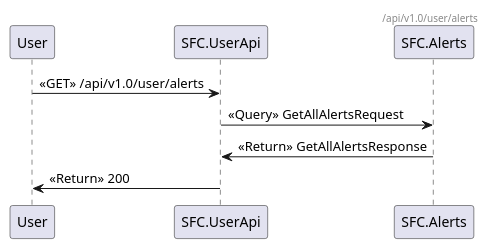
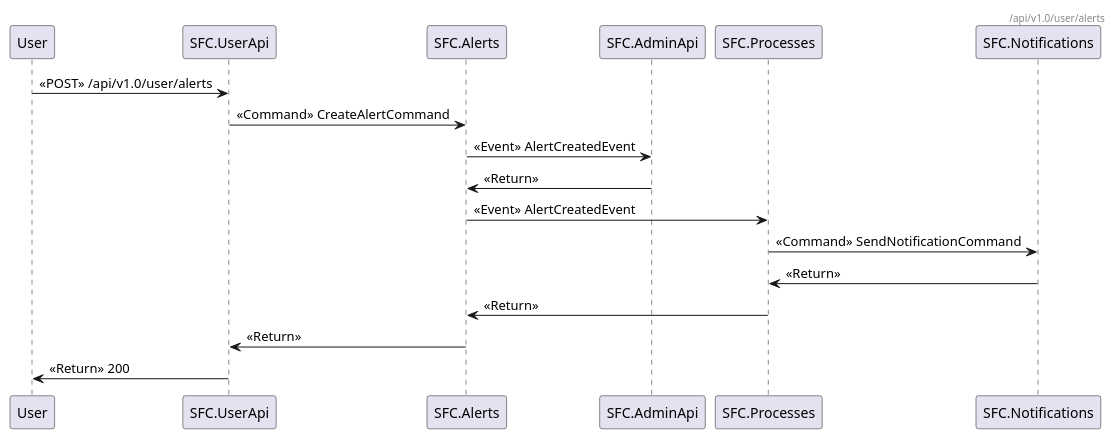
The diagram in docs/ArchitectureDocumentation/_api_v1.0_user_alerts.puml (mr0zek/SmogFightClub), drawn with PlantUML before and after one commit. The commit also changed 11 other files, not shown here.

```diff
--- a/docs/ArchitectureDocumentation/_api_v1.0_user_alerts.puml
+++ b/docs/ArchitectureDocumentation/_api_v1.0_user_alerts.puml
@@ -1,7 +1,13 @@
 @startuml
 header /api/v1.0/user/alerts
-User -> SFC.UserApi : <<GET>> /api/v1.0/user/alerts
-SFC.UserApi -> SFC.Alerts : <<Query>> GetAllAlertsRequest
-SFC.Alerts -> SFC.UserApi : <<Return>> GetAllAlertsResponse
+User -> SFC.UserApi : <<POST>> /api/v1.0/user/alerts
+SFC.UserApi -> SFC.Alerts : <<Command>> CreateAlertCommand
+SFC.Alerts -> SFC.AdminApi : <<Event>> AlertCreatedEvent
+SFC.AdminApi -> SFC.Alerts : <<Return>> 
+SFC.Alerts -> SFC.Processes : <<Event>> AlertCreatedEvent
+SFC.Processes -> SFC.Notifications : <<Command>> SendNotificationCommand
+SFC.Notifications -> SFC.Processes : <<Return>> 
+SFC.Processes -> SFC.Alerts : <<Return>> 
+SFC.Alerts -> SFC.UserApi : <<Return>> 
 SFC.UserApi -> User: <<Return>> 200
 @enduml
```
